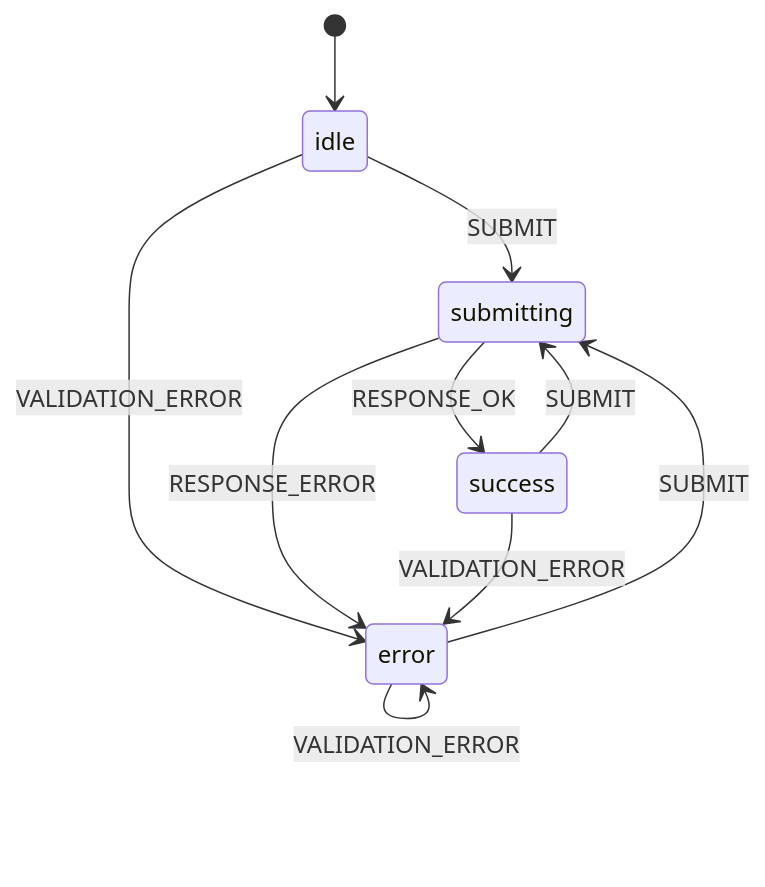
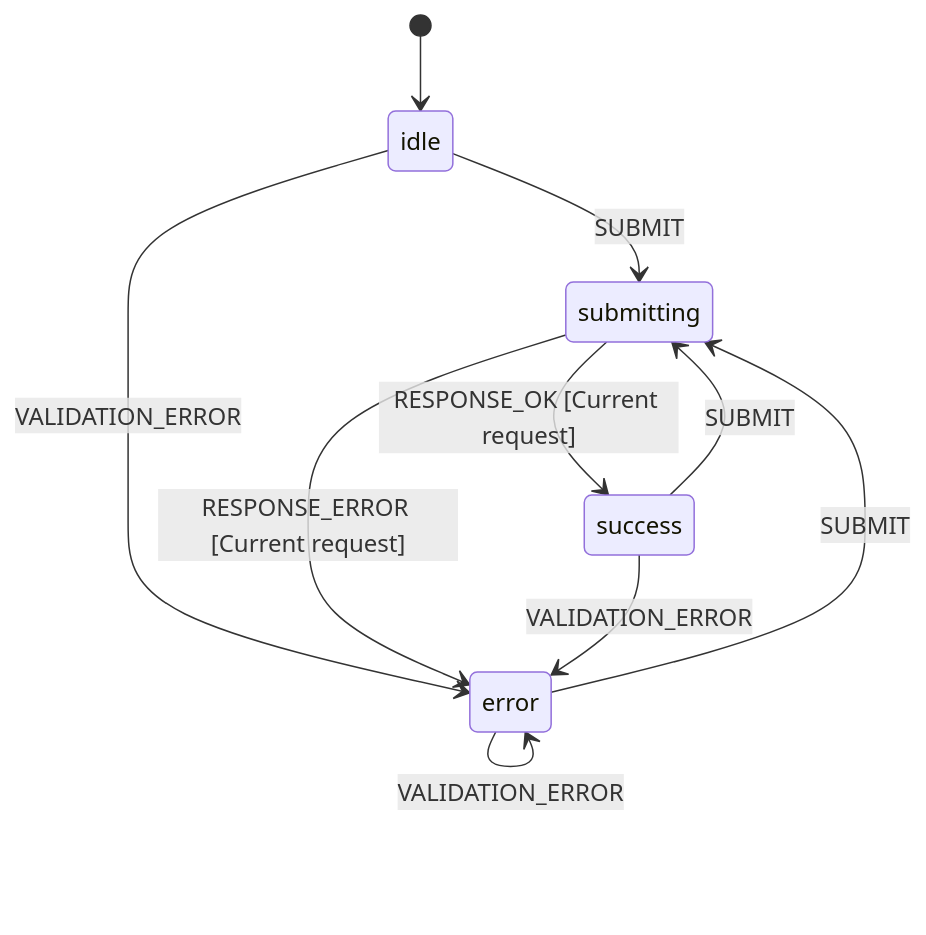
Diagram 44 of 52 in docs/contributing/state-machines.md (kody-hq/kody), drawn with Mermaid before and after one commit. The commit also changed other lines of this file and 107 other files, not shown here.

````diff
--- a/docs/contributing/state-machines.md
+++ b/docs/contributing/state-machines.md
@@ -1560,12 +1560,12 @@
 ```mermaid
 stateDiagram-v2
     [*] --> idle
     idle --> submitting: SUBMIT
     idle --> error: VALIDATION_ERROR
-    submitting --> success: RESPONSE_OK
-    submitting --> error: RESPONSE_ERROR
+    submitting --> success: RESPONSE_OK [Current request]
+    submitting --> error: RESPONSE_ERROR [Current request]
     success --> submitting: SUBMIT
     success --> error: VALIDATION_ERROR
     error --> submitting: SUBMIT
     error --> error: VALIDATION_ERROR
 ```
````
